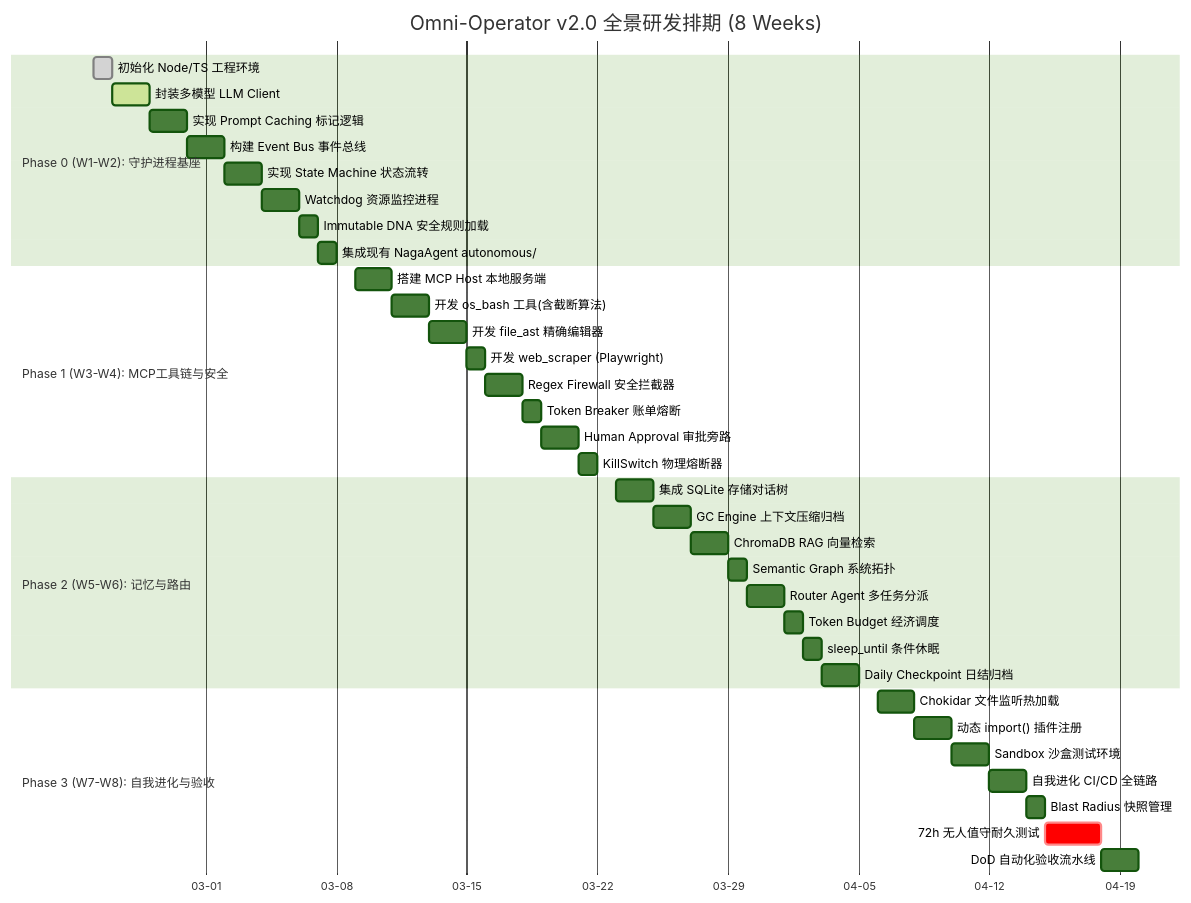
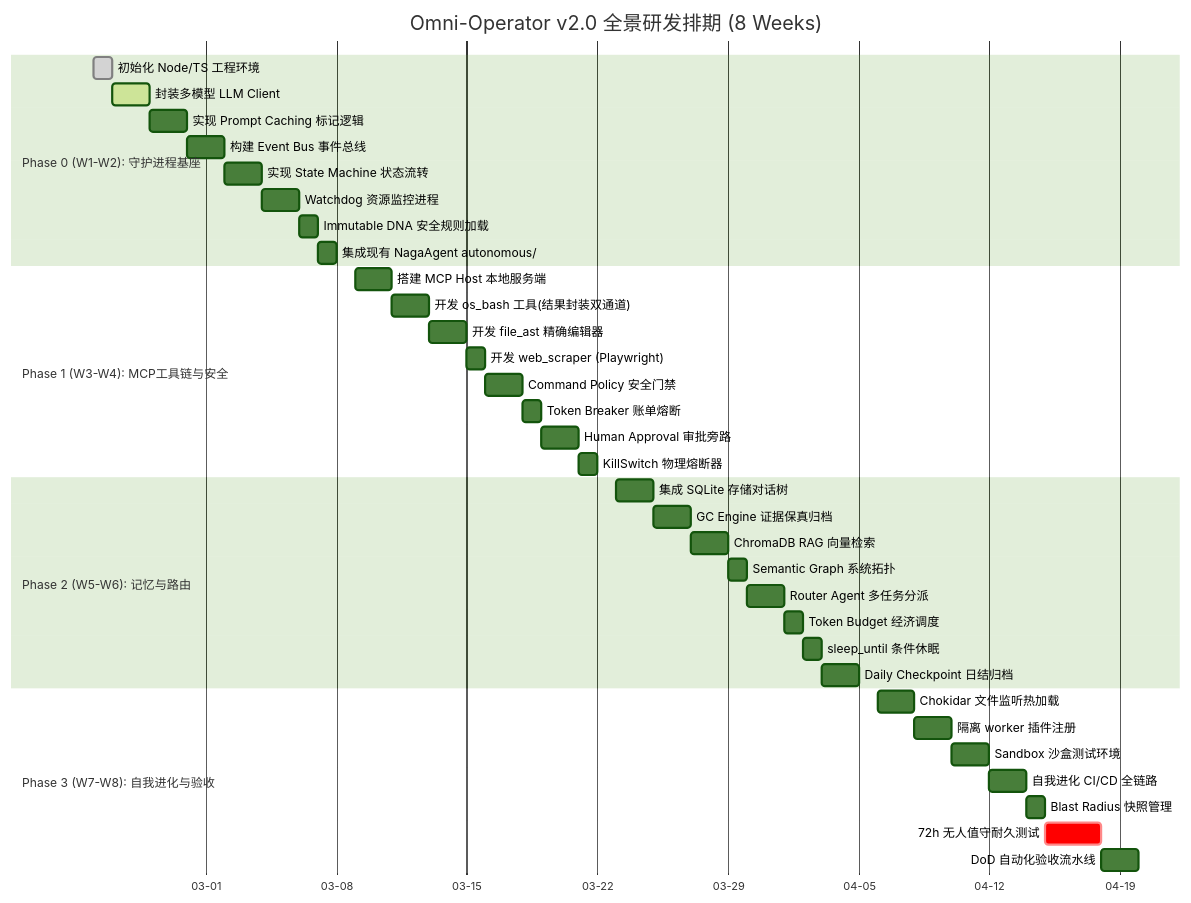
Diagram 12 of 12 in doc/00-omni-operator-architecture.md (Yidhar/Embla_System), drawn with Mermaid (forest theme) before and after one commit. The commit also changed other lines of this file and 13 other files, not shown here.

Commit message:
docs: refresh architecture specs and security blindspot baseline

````diff
--- a/doc/00-omni-operator-architecture.md
+++ b/doc/00-omni-operator-architecture.md
@@ -838,45 +843,45 @@
 ```mermaid
 gantt
     title Omni-Operator v2.0 全景研发排期 (8 Weeks)
     dateFormat YYYY-MM-DD
     axisFormat %m-%d
 
     section Phase 0 (W1-W2): 守护进程基座
     初始化 Node/TS 工程环境           :done,    p0a, 2026-02-23, 1d
     封装多模型 LLM Client             :active,  p0b, 2026-02-24, 2d
     实现 Prompt Caching 标记逻辑      :         p0c, 2026-02-26, 2d
     构建 Event Bus 事件总线           :         p0d, 2026-02-28, 2d
     实现 State Machine 状态流转       :         p0e, 2026-03-02, 2d
     Watchdog 资源监控进程             :         p0f, 2026-03-04, 2d
     Immutable DNA 安全规则加载        :         p0g, 2026-03-06, 1d
     集成现有 NagaAgent autonomous/    :         p0h, 2026-03-07, 1d
 
     section Phase 1 (W3-W4): MCP工具链与安全
     搭建 MCP Host 本地服务端          :         p1a, 2026-03-09, 2d
-    开发 os_bash 工具(含截断算法)     :         p1b, 2026-03-11, 2d
+    开发 os_bash 工具(结果封装双通道) :         p1b, 2026-03-11, 2d
     开发 file_ast 精确编辑器          :         p1c, 2026-03-13, 2d
     开发 web_scraper (Playwright)     :         p1d, 2026-03-15, 1d
-    Regex Firewall 安全拦截器         :         p1e, 2026-03-16, 2d
+    Command Policy 安全门禁           :         p1e, 2026-03-16, 2d
     Token Breaker 账单熔断            :         p1f, 2026-03-18, 1d
     Human Approval 审批旁路           :         p1g, 2026-03-19, 2d
     KillSwitch 物理熔断器             :         p1h, 2026-03-21, 1d
 
     section Phase 2 (W5-W6): 记忆与路由
     集成 SQLite 存储对话树            :         p2a, 2026-03-23, 2d
-    GC Engine 上下文压缩归档          :         p2b, 2026-03-25, 2d
+    GC Engine 证据保真归档            :         p2b, 2026-03-25, 2d
     ChromaDB RAG 向量检索             :         p2c, 2026-03-27, 2d
     Semantic Graph 系统拓扑           :         p2d, 2026-03-29, 1d
     Router Agent 多任务分派           :         p2e, 2026-03-30, 2d
     Token Budget 经济调度             :         p2f, 2026-04-01, 1d
     sleep_until 条件休眠              :         p2g, 2026-04-02, 1d
     Daily Checkpoint 日结归档         :         p2h, 2026-04-03, 2d
 
     section Phase 3 (W7-W8): 自我进化与验收
     Chokidar 文件监听热加载           :         p3a, 2026-04-06, 2d
-    动态 import() 插件注册            :         p3b, 2026-04-08, 2d
+    隔离 worker 插件注册              :         p3b, 2026-04-08, 2d
     Sandbox 沙盒测试环境              :         p3c, 2026-04-10, 2d
     自我进化 CI/CD 全链路             :         p3d, 2026-04-12, 2d
     Blast Radius 快照管理             :         p3e, 2026-04-14, 1d
     72h 无人值守耐久测试              :crit,    p3f, 2026-04-15, 3d
     DoD 自动化验收流水线              :         p3g, 2026-04-18, 2d
 ```
````
